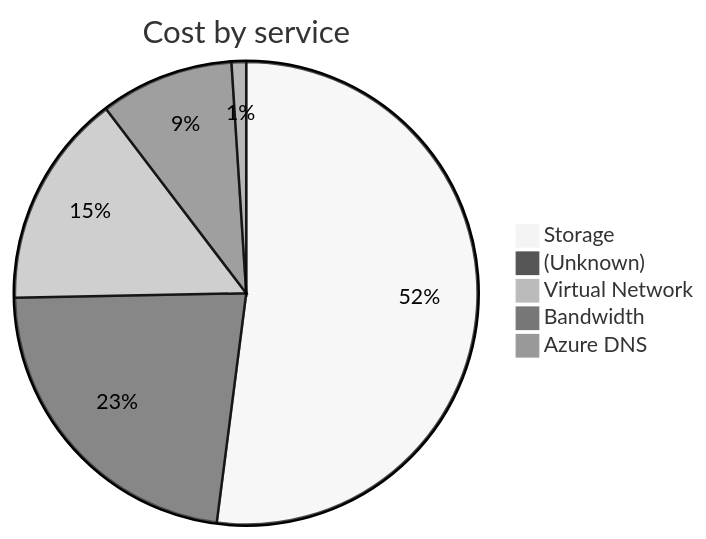
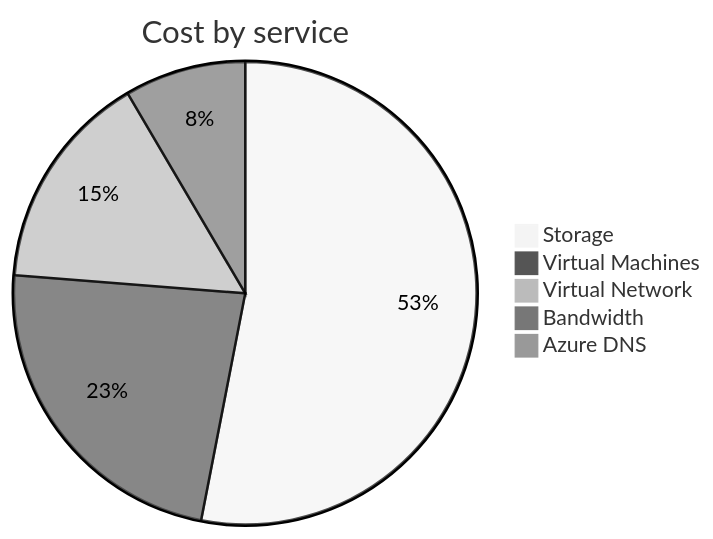
Before and after one commit to jpfulton/azure-personal-reports: the second of 4 diagrams in cost-reports/personal-network/README.md, drawn with Mermaid (neutral theme). The commit also changed other lines of this file and 8 other files, not shown here.

````diff
--- a/cost-reports/personal-network/README.md
+++ b/cost-reports/personal-network/README.md
@@ -55,9 +99,9 @@
 ```mermaid
 pie
    title Cost by service
-   "Storage" : 6.64
-   "(Unknown)" : 2.89
-   "Virtual Network" : 1.91
+   "Storage" : 7.46
+   "Virtual Machines" : 3.26
+   "Virtual Network" : 2.15
    "Bandwidth" : 1.19
-   "Azure DNS" : 0.13
+   "Azure DNS" : 0.14
 ```
````
